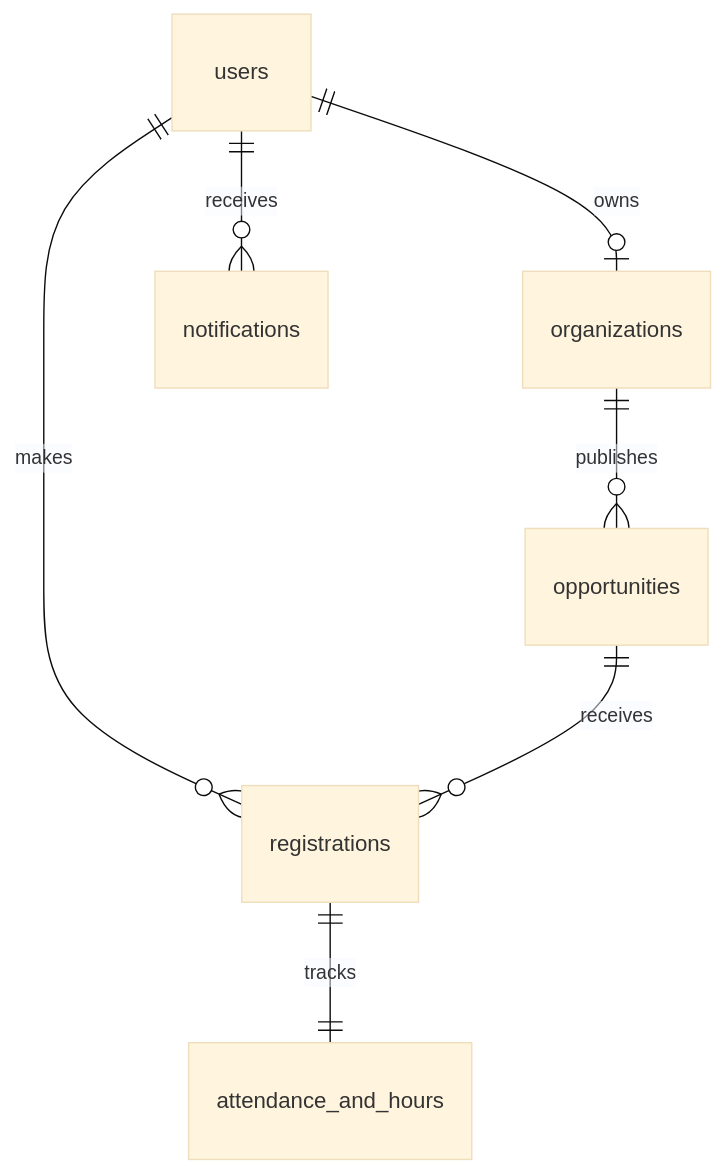
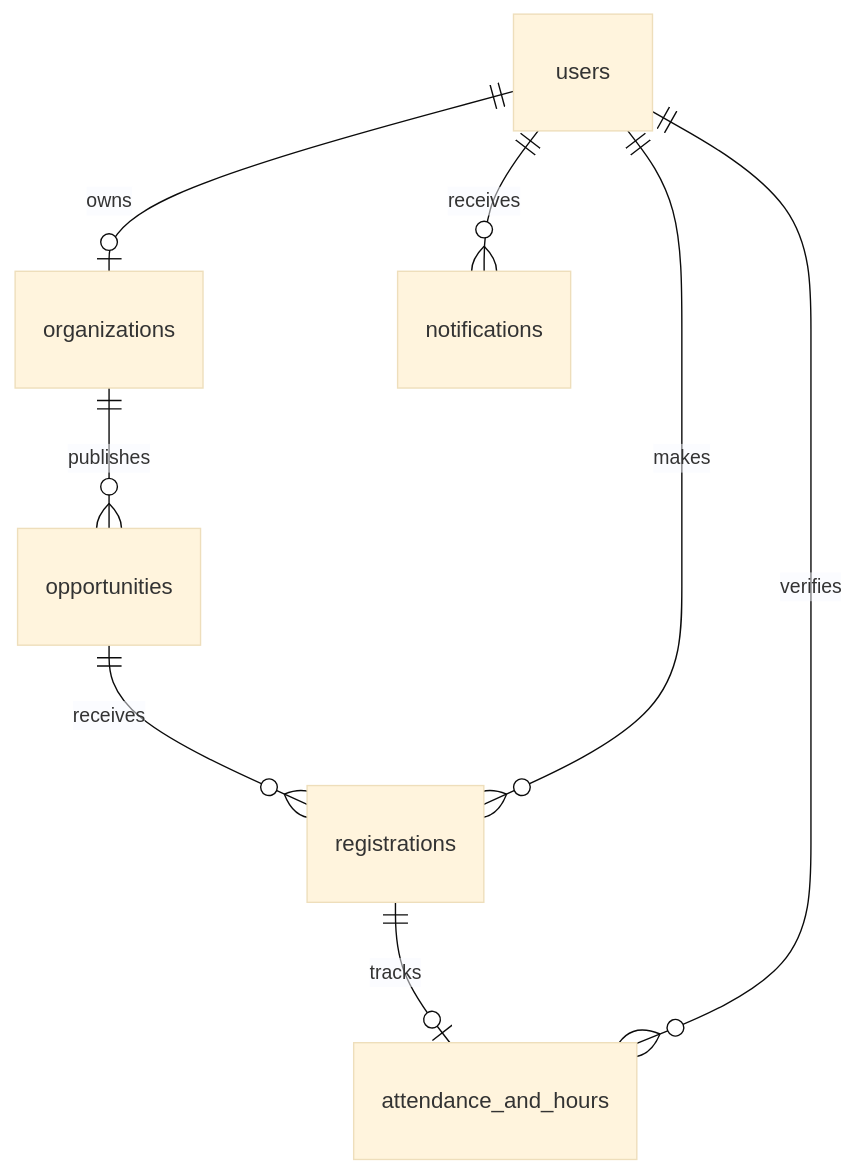
The diagram in DATABASE_SCHEMA.md (luoijin/HelpHive), drawn with Mermaid (base theme) before and after one commit. The commit also changed other lines of this file and 12 other files, not shown here.

````diff
--- a/DATABASE_SCHEMA.md
+++ b/DATABASE_SCHEMA.md
@@ -11,9 +13,10 @@
 ```mermaid
 erDiagram
-    users ||--o| organizations : owns
-    users ||--o{ registrations : makes
-    users ||--o{ notifications : receives
-    organizations ||--o{ opportunities : publishes
-    opportunities ||--o{ registrations : receives
-    registrations ||--|| attendance_and_hours : tracks
+    users ||--o| organizations : "owns"
+    organizations ||--o{ opportunities : "publishes"
+    opportunities ||--o{ registrations : "receives"
+    users ||--o{ registrations : "makes"
+    registrations ||--o| attendance_and_hours : "tracks"
+    users ||--o{ attendance_and_hours : "verifies"
+    users ||--o{ notifications : "receives"
 ```
````
